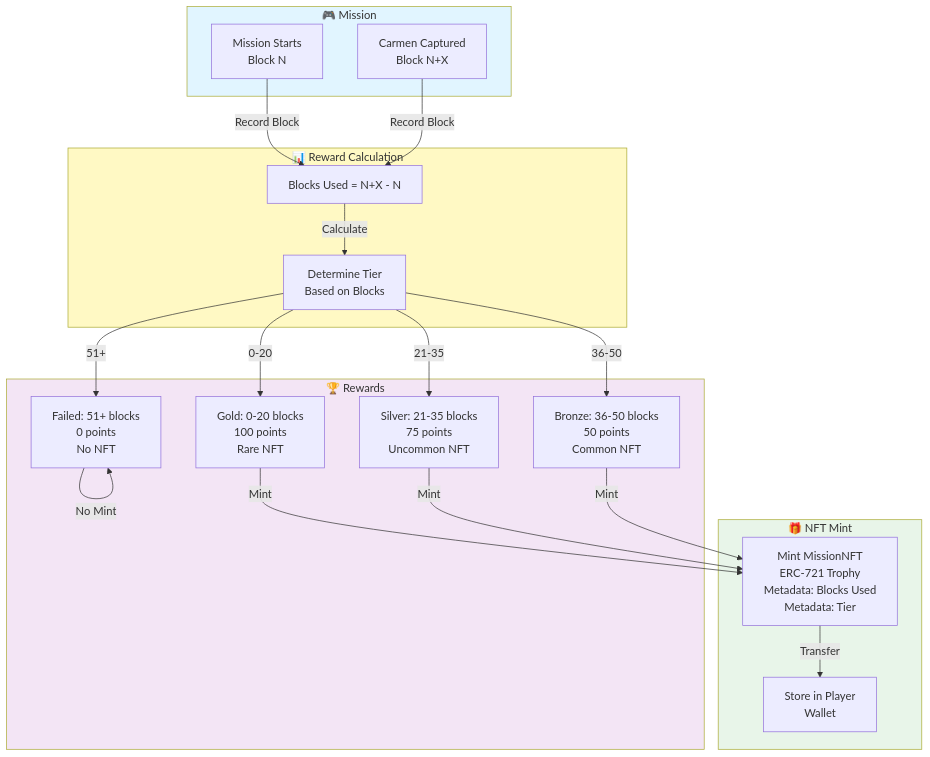
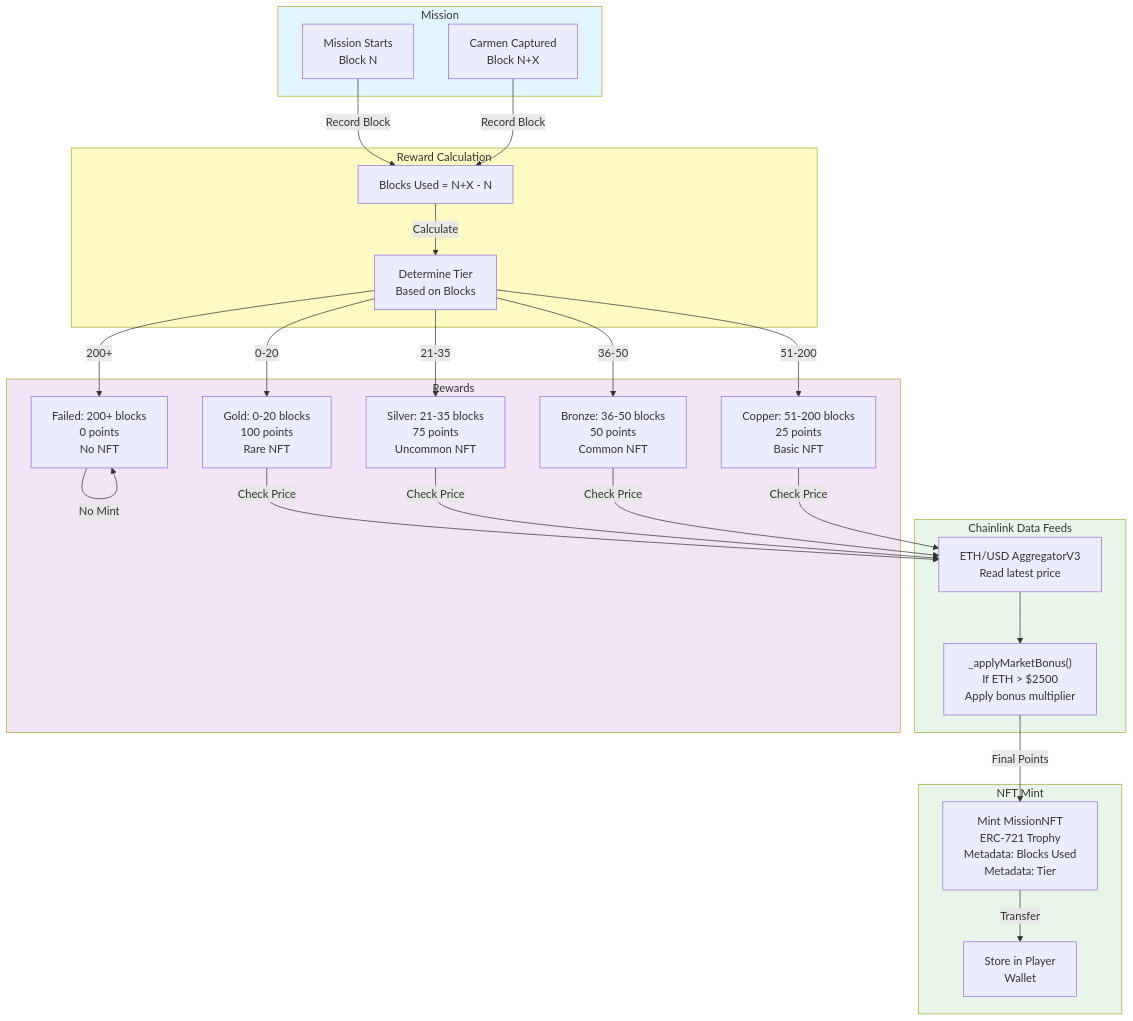
Before and after one commit to mtrn87/carmen-sandiego-onchain: the eighth of 8 diagrams in docs/SYSTEM_DIAGRAMS.md, drawn with Mermaid. The commit also changed other lines of this file and 2 other files, not shown here.

First line of the commit message:
docs: fix outdated diagrams, broken links, and add docs navigation

````diff
--- a/docs/SYSTEM_DIAGRAMS.md
+++ b/docs/SYSTEM_DIAGRAMS.md
@@ -423,46 +452,58 @@
 ```mermaid
 graph TB
-    subgraph Mission["🎮 Mission"]
+    subgraph Mission["Mission"]
         Start["Mission Starts<br/>Block N"]
         Capture["Carmen Captured<br/>Block N+X"]
     end
 
-    subgraph Calculation["📊 Reward Calculation"]
+    subgraph Calculation["Reward Calculation"]
         BlocksUsed["Blocks Used = N+X - N"]
         Tier["Determine Tier<br/>Based on Blocks"]
     end
 
-    subgraph Rewards["🏆 Rewards"]
+    subgraph DataFeed["Chainlink Data Feeds"]
+        PriceFeed["ETH/USD AggregatorV3<br/>Read latest price"]
+        MarketBonus["_applyMarketBonus()<br/>If ETH > $2500<br/>Apply bonus multiplier"]
+    end
+
+    subgraph Rewards["Rewards"]
         Gold["Gold: 0-20 blocks<br/>100 points<br/>Rare NFT"]
         Silver["Silver: 21-35 blocks<br/>75 points<br/>Uncommon NFT"]
         Bronze["Bronze: 36-50 blocks<br/>50 points<br/>Common NFT"]
-        Failed["Failed: 51+ blocks<br/>0 points<br/>No NFT"]
+        Copper["Copper: 51-200 blocks<br/>25 points<br/>Basic NFT"]
+        Failed["Failed: 200+ blocks<br/>0 points<br/>No NFT"]
     end
 
-    subgraph NFT["🎁 NFT Mint"]
+    subgraph NFT["NFT Mint"]
         Mint["Mint MissionNFT<br/>ERC-721 Trophy<br/>Metadata: Blocks Used<br/>Metadata: Tier"]
         Store["Store in Player<br/>Wallet"]
     end
 
     Start -->|"Record Block"| BlocksUsed
     Capture -->|"Record Block"| BlocksUsed
-    
+
     BlocksUsed -->|"Calculate"| Tier
-    
+
     Tier -->|"0-20"| Gold
     Tier -->|"21-35"| Silver
     Tier -->|"36-50"| Bronze
-    Tier -->|"51+"| Failed
-    
-    Gold -->|"Mint"| Mint
-    Silver -->|"Mint"| Mint
-    Bronze -->|"Mint"| Mint
+    Tier -->|"51-200"| Copper
+    Tier -->|"200+"| Failed
+
+    Gold -->|"Check Price"| PriceFeed
+    Silver -->|"Check Price"| PriceFeed
+    Bronze -->|"Check Price"| PriceFeed
+    Copper -->|"Check Price"| PriceFeed
     Failed -->|"No Mint"| Failed
-    
+
+    PriceFeed --> MarketBonus
+    MarketBonus -->|"Final Points"| Mint
+
     Mint -->|"Transfer"| Store
 
     style Mission fill:#e1f5ff
     style Calculation fill:#fff9c4
+    style DataFeed fill:#e8f5e9
     style Rewards fill:#f3e5f5
     style NFT fill:#e8f5e9
 ```
````
